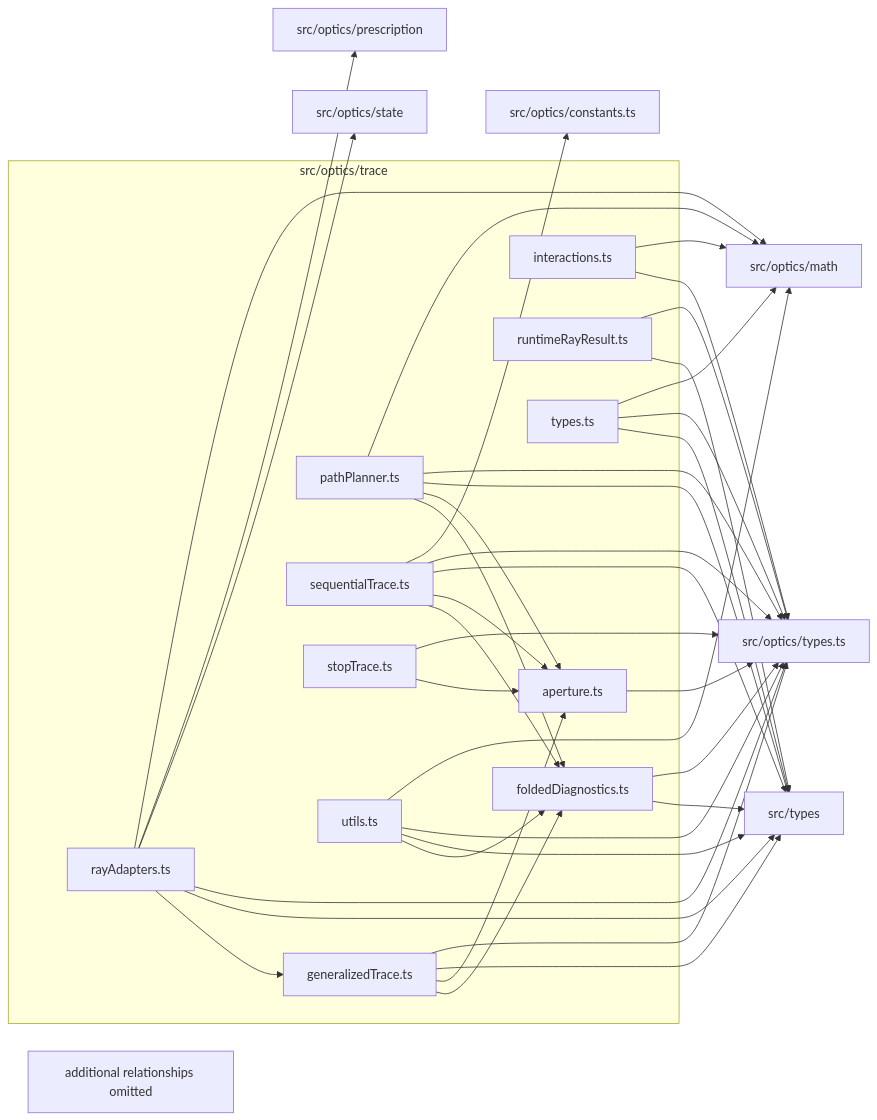
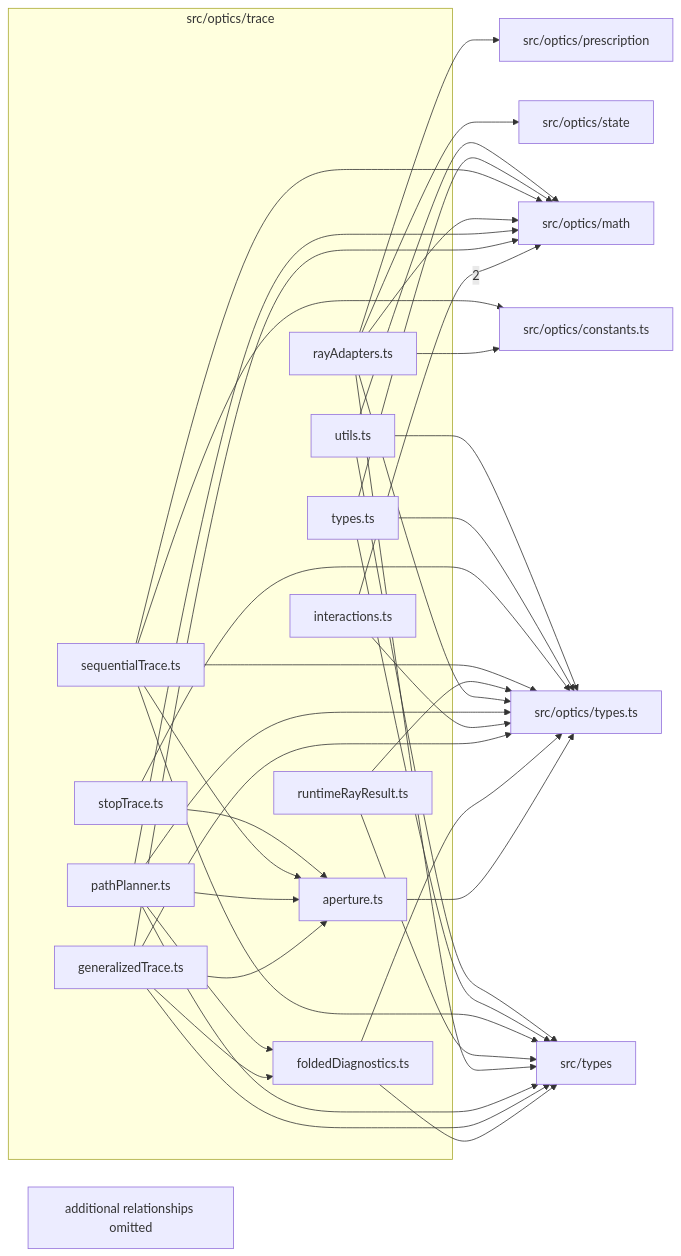
The diagram in src/optics/trace/readme.md (ronbuening/LensVisualizer), drawn with Mermaid before and after one commit. The commit also changed other lines of this file and 38 other files, not shown here.

````diff
--- a/src/optics/trace/readme.md
+++ b/src/optics/trace/readme.md
@@ -9,59 +9,59 @@
 ```mermaid
 flowchart LR
   subgraph n_src_optics_trace["src/optics/trace"]
     n_src_optics_trace_src_optics_trace_aperture_ts["aperture.ts"]
     n_src_optics_trace_src_optics_trace_foldedDiagnostics_ts["foldedDiagnostics.ts"]
     n_src_optics_trace_src_optics_trace_generalizedTrace_ts["generalizedTrace.ts"]
     n_src_optics_trace_src_optics_trace_interactions_ts["interactions.ts"]
     n_src_optics_trace_src_optics_trace_pathPlanner_ts["pathPlanner.ts"]
     n_src_optics_trace_src_optics_trace_rayAdapters_ts["rayAdapters.ts"]
     n_src_optics_trace_src_optics_trace_runtimeRayResult_ts["runtimeRayResult.ts"]
     n_src_optics_trace_src_optics_trace_sequentialTrace_ts["sequentialTrace.ts"]
     n_src_optics_trace_src_optics_trace_stopTrace_ts["stopTrace.ts"]
     n_src_optics_trace_src_optics_trace_types_ts["types.ts"]
     n_src_optics_trace_src_optics_trace_utils_ts["utils.ts"]
   end
+  n_external_src_optics_math["src/optics/math"]
   n_external_src_optics_constants_ts["src/optics/constants.ts"]
-  n_external_src_optics_math["src/optics/math"]
   n_external_src_optics_prescription["src/optics/prescription"]
   n_external_src_optics_state["src/optics/state"]
   n_external_src_optics_types_ts["src/optics/types.ts"]
   n_external_src_types["src/types"]
+  n_src_optics_trace_src_optics_trace_interactions_ts --> |2| n_external_src_optics_math
+  n_src_optics_trace_src_optics_trace_rayAdapters_ts --> n_external_src_optics_constants_ts
   n_src_optics_trace_src_optics_trace_sequentialTrace_ts --> n_external_src_optics_constants_ts
-  n_src_optics_trace_src_optics_trace_interactions_ts --> n_external_src_optics_math
+  n_src_optics_trace_src_optics_trace_generalizedTrace_ts --> n_external_src_optics_math
   n_src_optics_trace_src_optics_trace_pathPlanner_ts --> n_external_src_optics_math
   n_src_optics_trace_src_optics_trace_rayAdapters_ts --> n_external_src_optics_math
+  n_src_optics_trace_src_optics_trace_sequentialTrace_ts --> n_external_src_optics_math
   n_src_optics_trace_src_optics_trace_types_ts --> n_external_src_optics_math
   n_src_optics_trace_src_optics_trace_utils_ts --> n_external_src_optics_math
   n_src_optics_trace_src_optics_trace_rayAdapters_ts --> n_external_src_optics_prescription
   n_src_optics_trace_src_optics_trace_rayAdapters_ts --> n_external_src_optics_state
   n_src_optics_trace_src_optics_trace_aperture_ts --> n_external_src_optics_types_ts
   n_src_optics_trace_src_optics_trace_foldedDiagnostics_ts --> n_external_src_optics_types_ts
   n_src_optics_trace_src_optics_trace_generalizedTrace_ts --> n_external_src_optics_types_ts
   n_src_optics_trace_src_optics_trace_interactions_ts --> n_external_src_optics_types_ts
   n_src_optics_trace_src_optics_trace_pathPlanner_ts --> n_external_src_optics_types_ts
   n_src_optics_trace_src_optics_trace_rayAdapters_ts --> n_external_src_optics_types_ts
   n_src_optics_trace_src_optics_trace_runtimeRayResult_ts --> n_external_src_optics_types_ts
   n_src_optics_trace_src_optics_trace_sequentialTrace_ts --> n_external_src_optics_types_ts
   n_src_optics_trace_src_optics_trace_stopTrace_ts --> n_external_src_optics_types_ts
   n_src_optics_trace_src_optics_trace_types_ts --> n_external_src_optics_types_ts
   n_src_optics_trace_src_optics_trace_utils_ts --> n_external_src_optics_types_ts
   n_src_optics_trace_src_optics_trace_foldedDiagnostics_ts --> n_external_src_types
   n_src_optics_trace_src_optics_trace_generalizedTrace_ts --> n_external_src_types
   n_src_optics_trace_src_optics_trace_pathPlanner_ts --> n_external_src_types
   n_src_optics_trace_src_optics_trace_rayAdapters_ts --> n_external_src_types
   n_src_optics_trace_src_optics_trace_runtimeRayResult_ts --> n_external_src_types
   n_src_optics_trace_src_optics_trace_sequentialTrace_ts --> n_external_src_types
   n_src_optics_trace_src_optics_trace_types_ts --> n_external_src_types
   n_src_optics_trace_src_optics_trace_utils_ts --> n_external_src_types
   n_src_optics_trace_src_optics_trace_generalizedTrace_ts --> n_src_optics_trace_src_optics_trace_aperture_ts
   n_src_optics_trace_src_optics_trace_pathPlanner_ts --> n_src_optics_trace_src_optics_trace_aperture_ts
   n_src_optics_trace_src_optics_trace_sequentialTrace_ts --> n_src_optics_trace_src_optics_trace_aperture_ts
   n_src_optics_trace_src_optics_trace_stopTrace_ts --> n_src_optics_trace_src_optics_trace_aperture_ts
   n_src_optics_trace_src_optics_trace_generalizedTrace_ts --> n_src_optics_trace_src_optics_trace_foldedDiagnostics_ts
   n_src_optics_trace_src_optics_trace_pathPlanner_ts --> n_src_optics_trace_src_optics_trace_foldedDiagnostics_ts
-  n_src_optics_trace_src_optics_trace_sequentialTrace_ts --> n_src_optics_trace_src_optics_trace_foldedDiagnostics_ts
-  n_src_optics_trace_src_optics_trace_utils_ts --> n_src_optics_trace_src_optics_trace_foldedDiagnostics_ts
-  n_src_optics_trace_src_optics_trace_rayAdapters_ts --> n_src_optics_trace_src_optics_trace_generalizedTrace_ts
   n_src_optics_trace_truncated["additional relationships omitted"]
 ```
````
